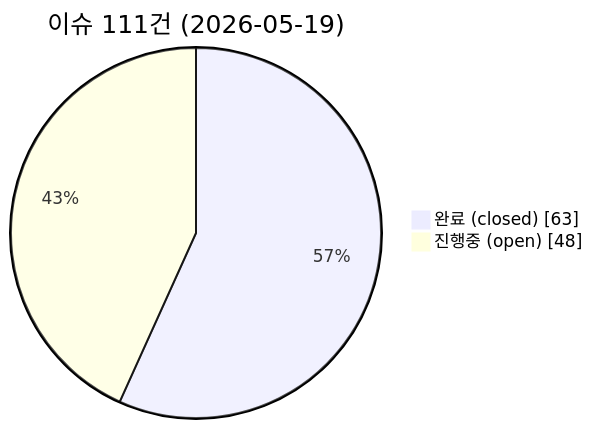
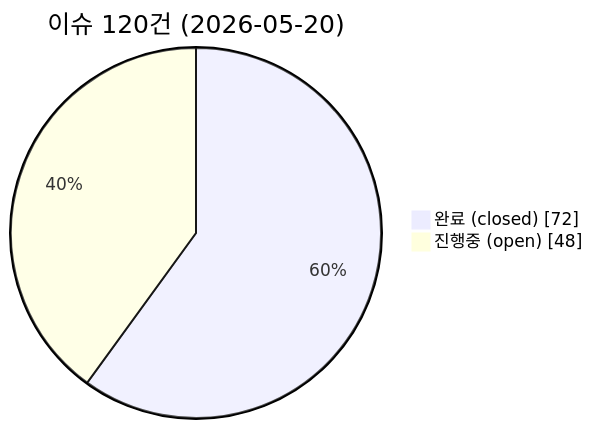
The first of 4 diagrams in README.md (holee9/MD-process), drawn with Mermaid before and after one commit. The commit also changed other lines of this file, not shown here.

Commit message:
docs(readme): 진행현황 2026-05-20 — 문서 143, 이슈 120(closed 72)

````diff
--- a/README.md
+++ b/README.md
@@ -89,6 +89,6 @@
 ```mermaid
 pie showData
-    title 이슈 111건 (2026-05-19)
-    "완료 (closed)" : 63
+    title 이슈 120건 (2026-05-20)
+    "완료 (closed)" : 72
     "진행중 (open)" : 48
 ```
````
